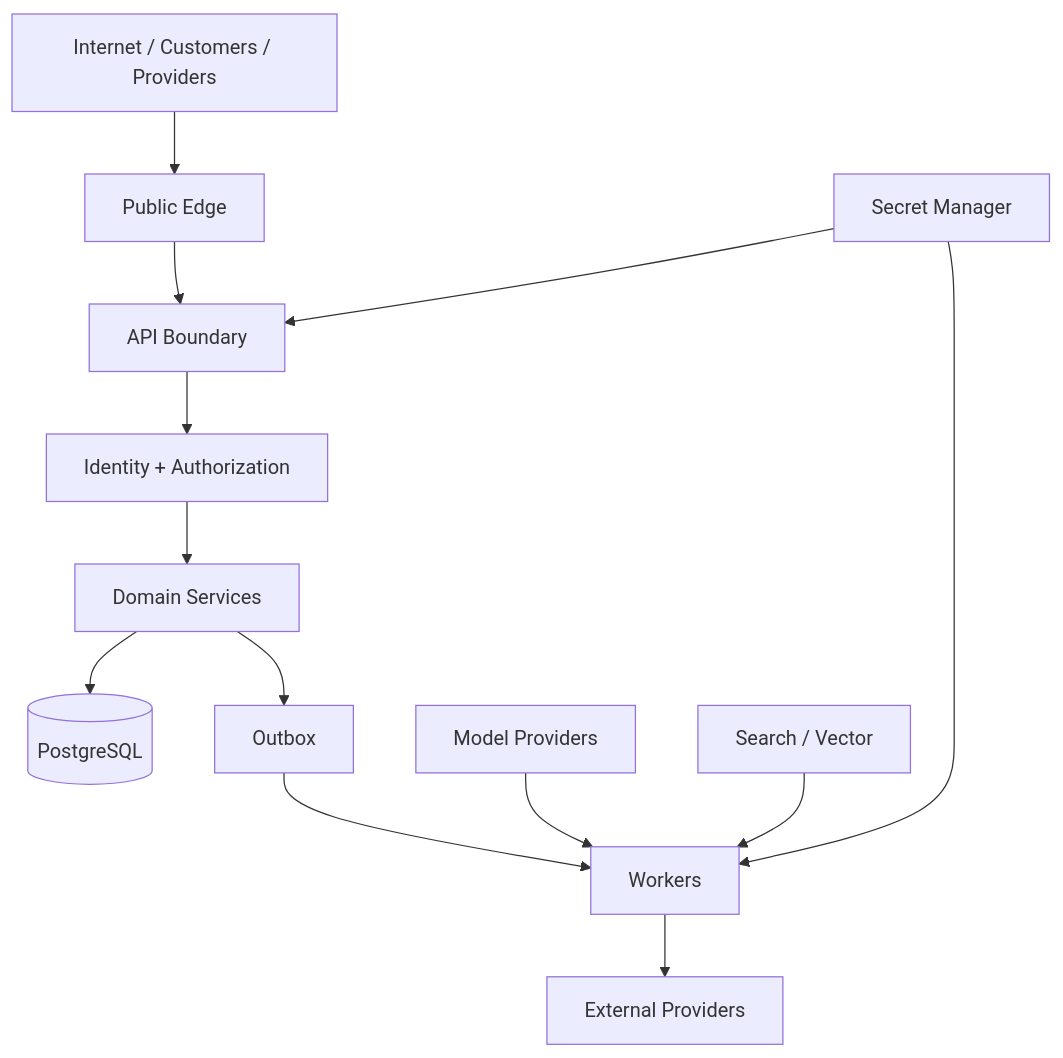
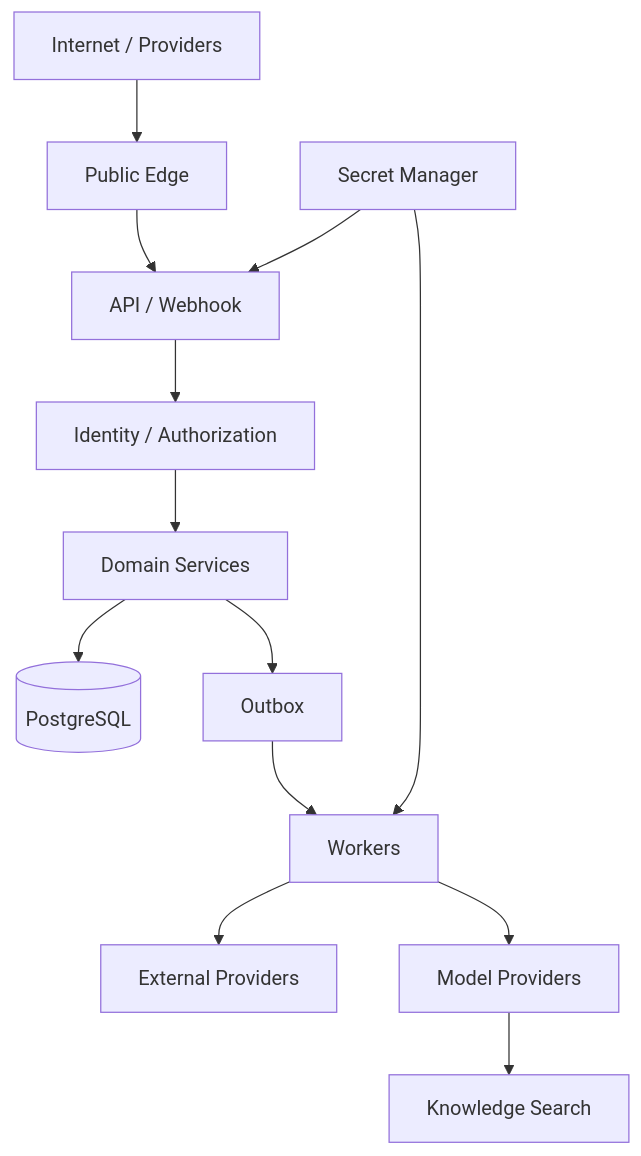
The first of 3 diagrams in docs/security/threat-model.md (D-engahmed/OMILINKS), drawn with Mermaid before and after one commit. The commit also changed other lines of this file and 4 other files, not shown here.

```diff
--- a/docs/security/threat-model.md
+++ b/docs/security/threat-model.md
@@ -22,15 +20,15 @@
 ~~~mermaid
 flowchart TB
-    INTERNET[Internet / Customers / Providers] --> EDGE[Public Edge]
-    EDGE --> API[API Boundary]
-    API --> AUTH[Identity + Authorization]
-    AUTH --> DOMAIN[Domain Services]
-    DOMAIN --> DB[(PostgreSQL)]
-    DOMAIN --> OUTBOX[Outbox]
-    OUTBOX --> WORKER[Workers]
-    WORKER --> EXTERNAL[External Providers]
-    AI[Model Providers] --> WORKER
-    SEARCH[Search / Vector] --> WORKER
-    SECRET[Secret Manager] --> API
-    SECRET --> WORKER
+EXT[Internet / Providers] --> EDGE[Public Edge]
+EDGE --> API[API / Webhook]
+API --> AUTH[Identity / Authorization]
+AUTH --> DOMAIN[Domain Services]
+DOMAIN --> DB[(PostgreSQL)]
+DOMAIN --> OUTBOX[Outbox]
+OUTBOX --> WORKERS[Workers]
+WORKERS --> PROVIDERS[External Providers]
+WORKERS --> AI[Model Providers]
+AI --> SEARCH[Knowledge Search]
+SECRETS[Secret Manager] --> API
+SECRETS --> WORKERS
 ~~~
```
